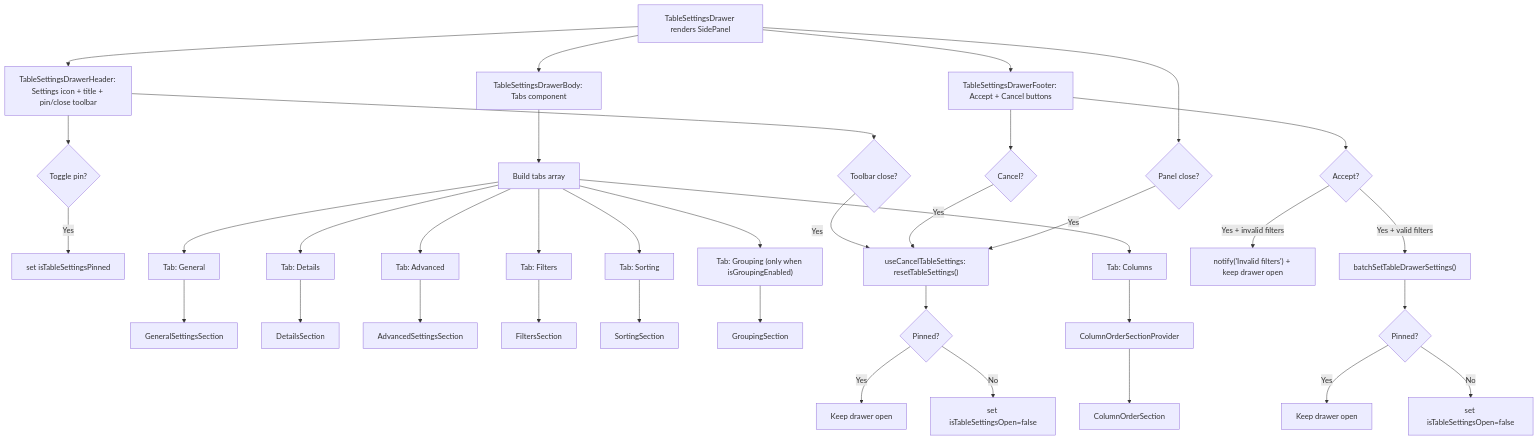
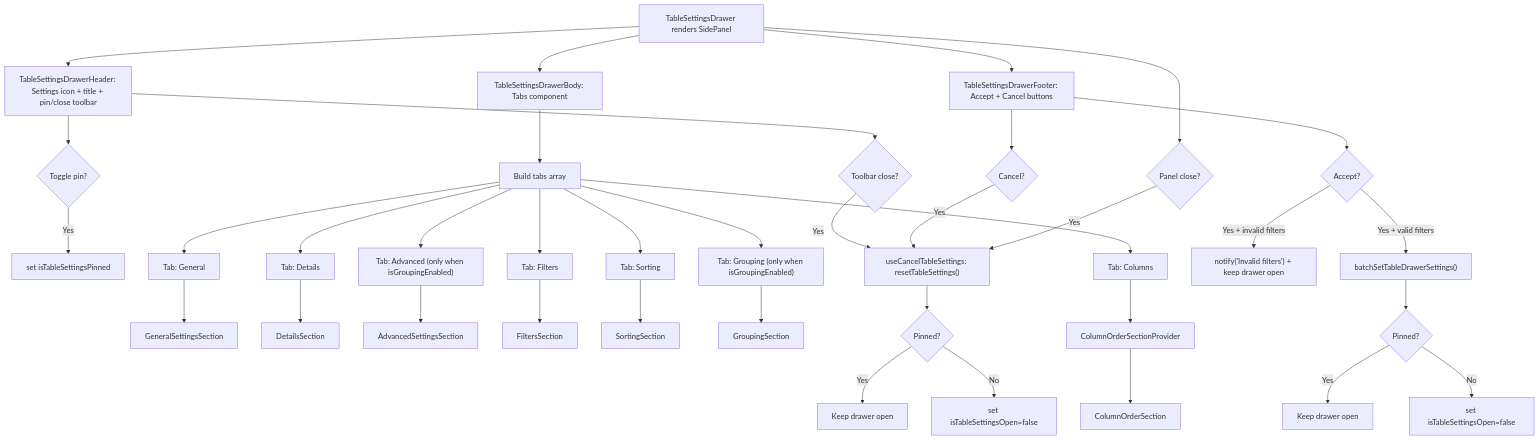
The second of 3 diagrams in packages/ui/src/components/Table/TableSettingsDrawer/ARCHITECTURE.md (luciocabrera/lcabrera-stack), drawn with Mermaid before and after one commit. The commit also changed other lines of this file and 19 other files, not shown here.

````diff
--- a/packages/ui/src/components/Table/TableSettingsDrawer/ARCHITECTURE.md
+++ b/packages/ui/src/components/Table/TableSettingsDrawer/ARCHITECTURE.md
@@ -210,49 +208,49 @@
 ```mermaid
 graph TD
   A["TableSettingsDrawer renders SidePanel"] --> O["TableSettingsDrawerHeader: Settings icon + title + pin/close toolbar"]
   A --> P["TableSettingsDrawerBody: Tabs component"]
   A --> Q["TableSettingsDrawerFooter: Accept + Cancel buttons"]
 
   O --> W{"Toggle pin?"}
   W -->|Yes| X["set isTableSettingsPinned"]
   O --> C2{"Toolbar close?"}
   C2 -->|Yes| V
 
   P --> D["Build tabs array"]
 
   D --> E["Tab: General"]
   E --> F["GeneralSettingsSection"]
 
   D --> E2["Tab: Details"]
   E2 --> F2["DetailsSection"]
 
-  D --> E3["Tab: Advanced"]
+  D --> E3["Tab: Advanced (only when isGroupingEnabled)"]
   E3 --> F3["AdvancedSettingsSection"]
 
   D --> G["Tab: Filters"]
   G --> H["FiltersSection"]
 
   D --> I["Tab: Sorting"]
   I --> J["SortingSection"]
 
   D --> I2["Tab: Grouping (only when isGroupingEnabled)"]
   I2 --> J2["GroupingSection"]
 
   D --> K["Tab: Columns"]
   K --> L["ColumnOrderSectionProvider"]
   L --> M["ColumnOrderSection"]
 
   Q --> R{"Accept?"}
   R -->|Yes + invalid filters| S["notify('Invalid filters') + keep drawer open"]
   R -->|Yes + valid filters| T["batchSetTableDrawerSettings()"]
   T --> U{"Pinned?"}
   U -->|Yes| K1["Keep drawer open"]
   U -->|No| K2["set isTableSettingsOpen=false"]
   Q --> C{"Cancel?"}
   C -->|Yes| V["useCancelTableSettings: resetTableSettings()"]
   A --> C3{"Panel close?"}
   C3 -->|Yes| V
   V --> P2{"Pinned?"}
   P2 -->|Yes| K3["Keep drawer open"]
   P2 -->|No| K4["set isTableSettingsOpen=false"]
 ```
````
